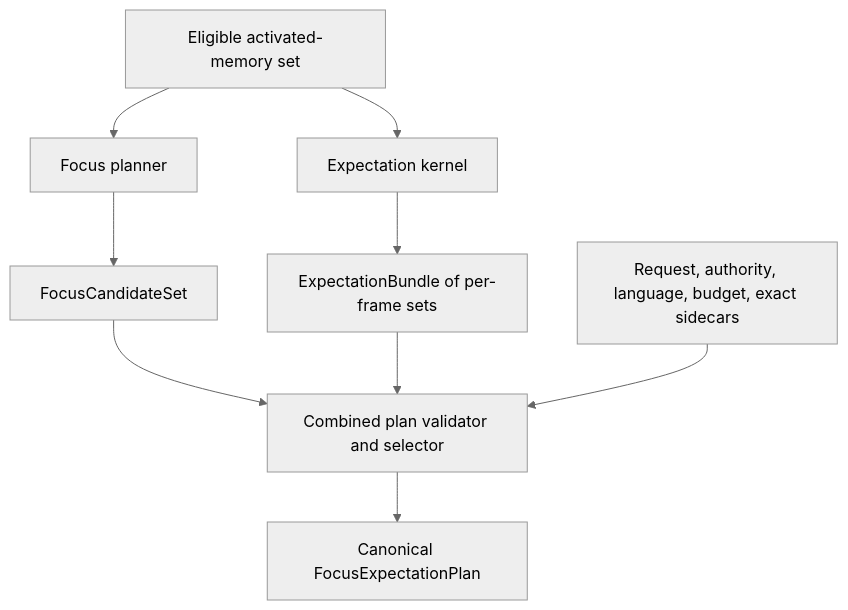
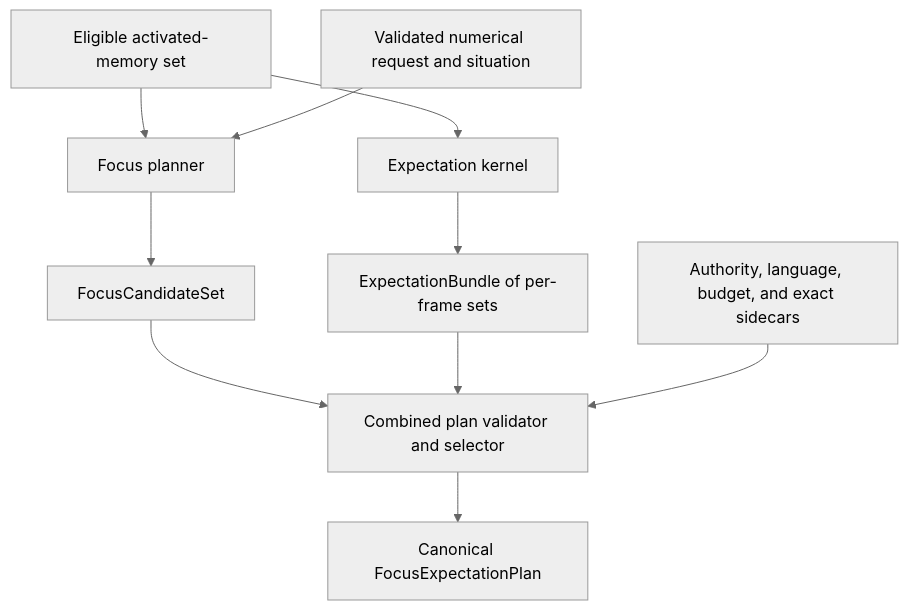
Before and after one commit to Lamentis-operating-systems/nemosyne: the first of 2 diagrams in docs/specifications/focus-and-expectation-planning.md, drawn with Mermaid (neutral theme). The commit also changed other lines of this file and 5 other files, not shown here.

Commit message:
Resolve V1 architecture review findings

````diff
--- a/docs/specifications/focus-and-expectation-planning.md
+++ b/docs/specifications/focus-and-expectation-planning.md
@@ -64,11 +66,12 @@
 ```mermaid
 flowchart TD
     A["Eligible activated-memory set"] --> F["Focus planner"]
+    Q["Validated numerical request and situation"] --> F
     A --> E["Expectation kernel"]
     F --> FC["FocusCandidateSet"]
     E --> ES["ExpectationBundle of per-frame sets"]
     FC --> J["Combined plan validator and selector"]
     ES --> J
-    Q["Request, authority, language, budget, exact sidecars"] --> J
+    C["Authority, language, budget, and exact sidecars"] --> J
     J --> P["Canonical FocusExpectationPlan"]
 ```
````
